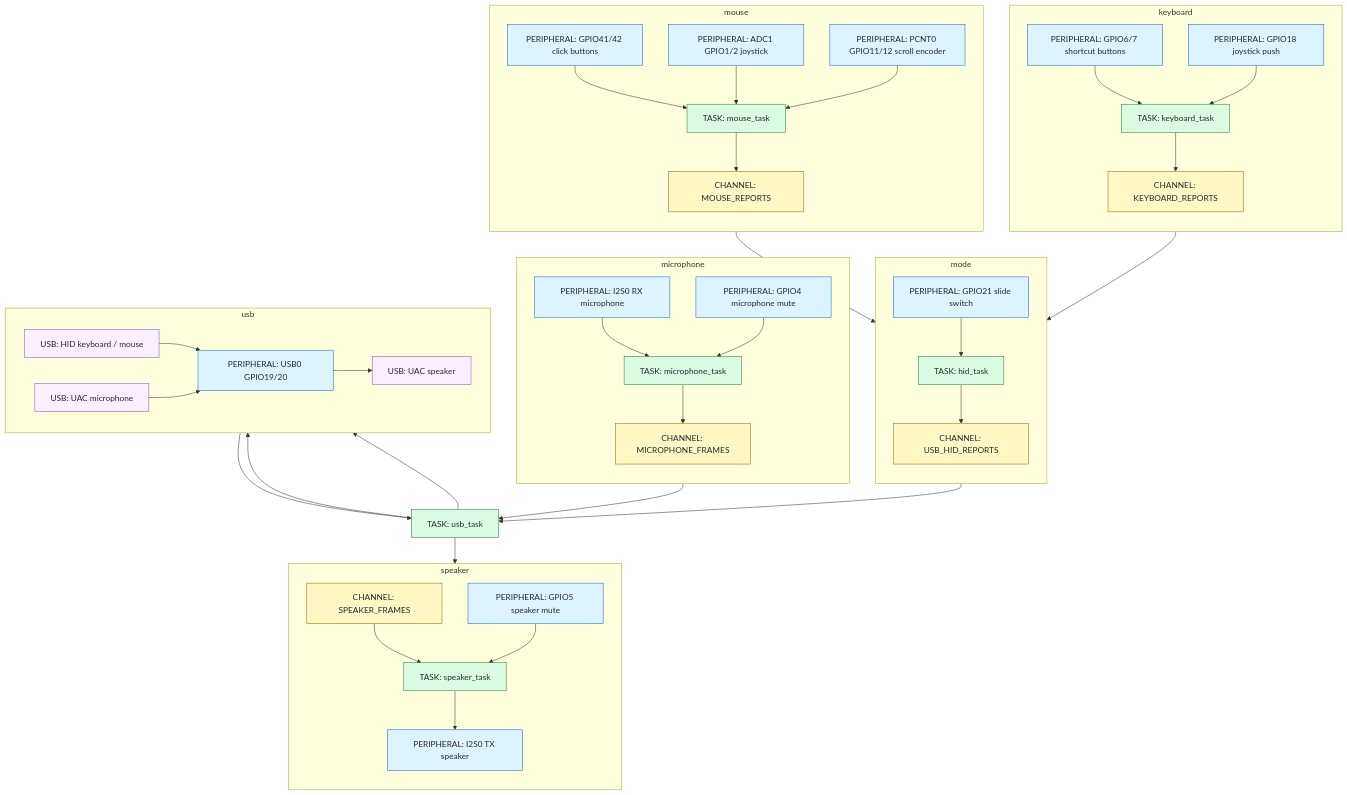
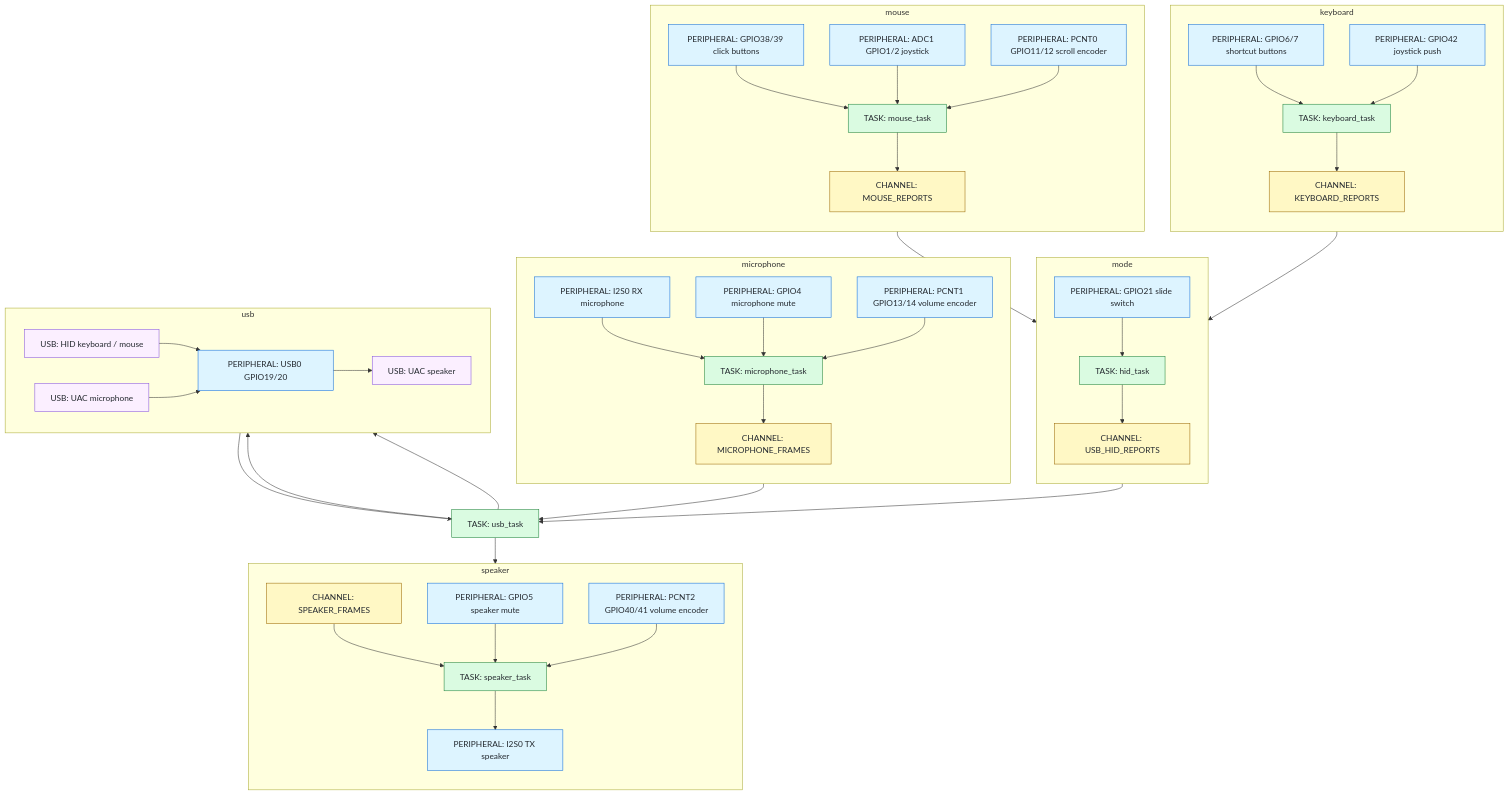
One commit to segfau-yama/dxxk_mouse changed the diagram in README.md. Above: the diagram before and after it, drawn with Mermaid. The commit also changed other lines of this file and 8 other files, not shown here.

```diff
--- a/README.md
+++ b/README.md
@@ -62,7 +62,7 @@
   subgraph Keyboard["keyboard"]
     direction TB
     ShortcutGpio["PERIPHERAL: GPIO6/7 shortcut buttons"]
-    PushGpio["PERIPHERAL: GPIO18 joystick push"]
+    PushGpio["PERIPHERAL: GPIO42 joystick push"]
     KeyboardTask["TASK: keyboard_task"]
     KeyboardReports["CHANNEL: KEYBOARD_REPORTS"]
     ShortcutGpio --> KeyboardTask
@@ -71,7 +71,7 @@
 
   subgraph Mouse["mouse"]
     direction TB
-    ClickGpio["PERIPHERAL: GPIO41/42 click buttons"]
+    ClickGpio["PERIPHERAL: GPIO38/39 click buttons"]
     JoystickAdc["PERIPHERAL: ADC1 GPIO1/2 joystick"]
     ScrollPcnt["PERIPHERAL: PCNT0 GPIO11/12 scroll encoder"]
     MouseTask["TASK: mouse_task"]
@@ -85,10 +85,12 @@
     direction TB
     I2sMic["PERIPHERAL: I2S0 RX microphone"]
     MicMuteGpio["PERIPHERAL: GPIO4 microphone mute"]
+    MicVolumePcnt["PERIPHERAL: PCNT1 GPIO13/14 volume encoder"]
     MicrophoneTask["TASK: microphone_task"]
     MicrophoneFrames["CHANNEL: MICROPHONE_FRAMES"]
     I2sMic --> MicrophoneTask
     MicMuteGpio --> MicrophoneTask
+    MicVolumePcnt --> MicrophoneTask
     MicrophoneTask --> MicrophoneFrames
   end
 
@@ -96,10 +98,12 @@
     direction TB
     SpeakerFrames["CHANNEL: SPEAKER_FRAMES"]
     SpeakerMuteGpio["PERIPHERAL: GPIO5 speaker mute"]
+    SpeakerVolumePcnt["PERIPHERAL: PCNT2 GPIO40/41 volume encoder"]
     SpeakerTask["TASK: speaker_task"]
     I2sSpeaker["PERIPHERAL: I2S0 TX speaker"]
     SpeakerFrames --> SpeakerTask
     SpeakerMuteGpio --> SpeakerTask
+    SpeakerVolumePcnt --> SpeakerTask
     SpeakerTask --> I2sSpeaker
   end
 
@@ -129,7 +133,7 @@
   MicrophoneFrames --> UsbTask
   UsbTask --> SpeakerFrames
 
-  class ShortcutGpio,PushGpio,ModeGpio,ClickGpio,JoystickAdc,ScrollPcnt,MicMuteGpio,I2sMic,SpeakerMuteGpio,I2sSpeaker,UsbPeripheral peripheral
+  class ShortcutGpio,PushGpio,ModeGpio,ClickGpio,JoystickAdc,ScrollPcnt,MicMuteGpio,MicVolumePcnt,I2sMic,SpeakerMuteGpio,SpeakerVolumePcnt,I2sSpeaker,UsbPeripheral peripheral
   class KeyboardTask,HidTask,MouseTask,MicrophoneTask,SpeakerTask,UsbTask task
   class KeyboardReports,MouseReports,UsbHidReports,MicrophoneFrames,SpeakerFrames channel
   class UsbHid,UsbMic,UsbSpeaker usb
```
